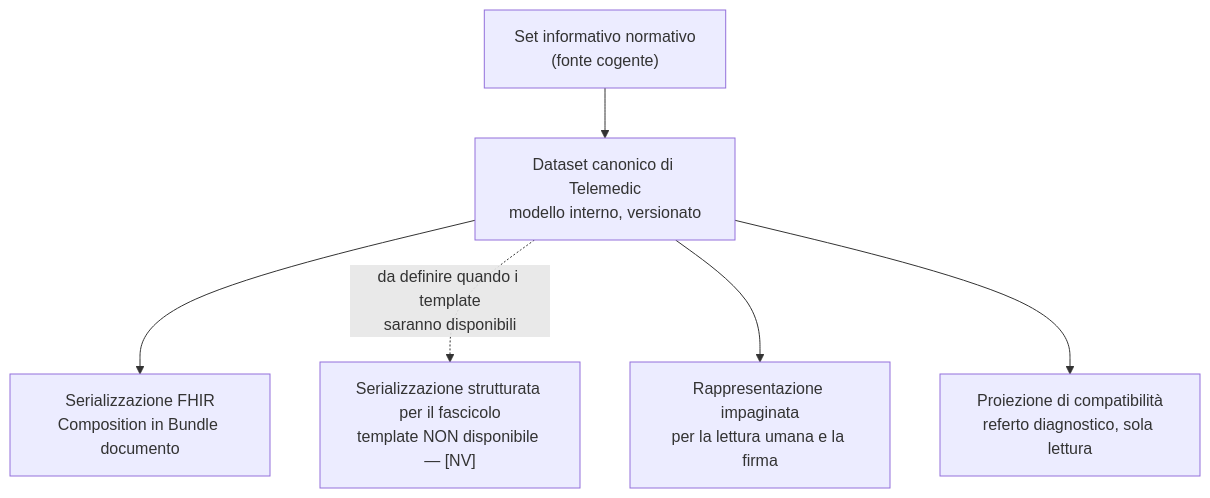
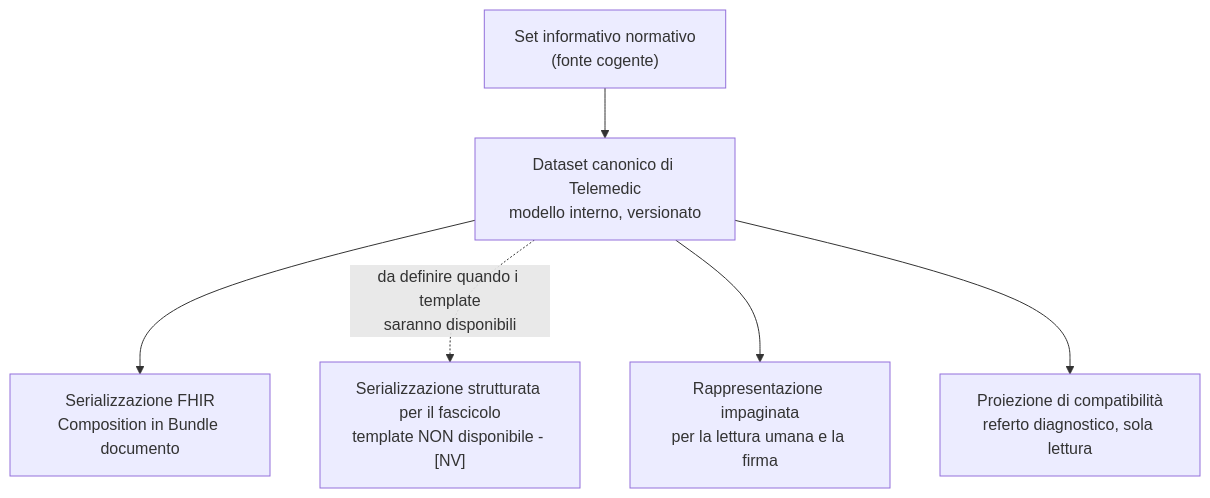
The first of 2 diagrams in docs/04_protocols/03-documenti-clinici.md (fedcal/Telemedic), drawn with Mermaid before and after one commit. The commit also changed other lines of this file and 301 other files, not shown here.

````diff
--- a/docs/04_protocols/03-documenti-clinici.md
+++ b/docs/04_protocols/03-documenti-clinici.md
@@ -39,14 +39,14 @@
 ```mermaid
 flowchart TD
     N["Set informativo normativo<br/>(fonte cogente)"]
     D["Dataset canonico di Telemedic<br/>modello interno, versionato"]
     S1["Serializzazione FHIR<br/>Composition in Bundle documento"]
-    S2["Serializzazione strutturata per il fascicolo<br/>template NON disponibile — [NV]"]
+    S2["Serializzazione strutturata per il fascicolo<br/>template NON disponibile - [NV]"]
     S3["Rappresentazione impaginata<br/>per la lettura umana e la firma"]
     S4["Proiezione di compatibilità<br/>referto diagnostico, sola lettura"]
     N --> D
     D --> S1
     D -.->|"da definire quando i template<br/>saranno disponibili"| S2
     D --> S3
     D --> S4
 ```
````
